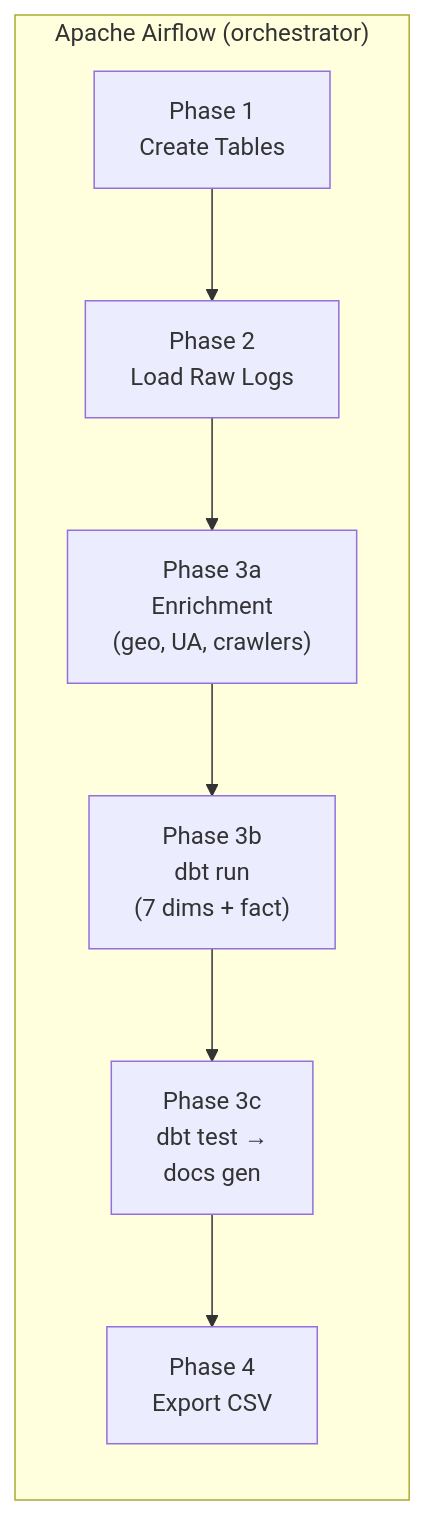
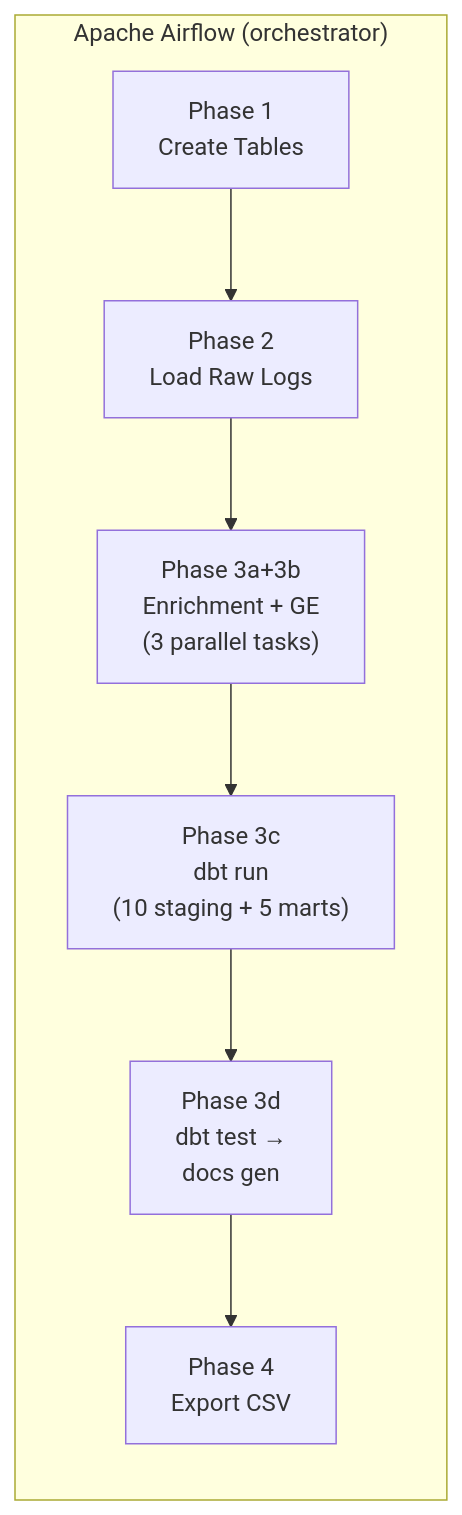
The ninth of 10 diagrams in README.md (AhmedIkram05/w3c-etl-pipeline), drawn with Mermaid before and after one commit. The commit also changed other lines of this file, not shown here.

````diff
--- a/README.md
+++ b/README.md
@@ -461,13 +500,13 @@
 ```mermaid
 flowchart TB
     subgraph airflow["Apache Airflow (orchestrator)"]
         direction TB
         p1["Phase 1<br/>Create Tables"]
         p2["Phase 2<br/>Load Raw Logs"]
-        p3a["Phase 3a<br/>Enrichment<br/>(geo, UA, crawlers)"]
-        p3b["Phase 3b<br/>dbt run<br/>(7 dims + fact)"]
-        p3c["Phase 3c<br/>dbt test →<br/>docs gen"]
+        p3a["Phase 3a+3b<br/>Enrichment + GE<br/>(3 parallel tasks)"]
+        p3c["Phase 3c<br/>dbt run<br/>(10 staging + 5 marts)"]
+        p3d["Phase 3d<br/>dbt test →<br/>docs gen"]
         p4["Phase 4<br/>Export CSV"]
-        p1 --> p2 --> p3a --> p3b --> p3c --> p4
+        p1 --> p2 --> p3a --> p3c --> p3d --> p4
     end
 ```
````
